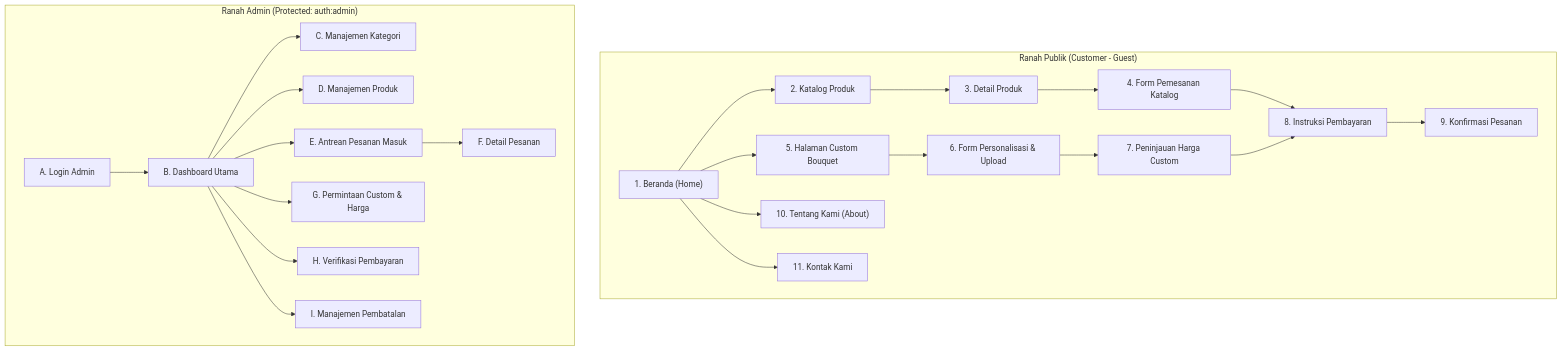
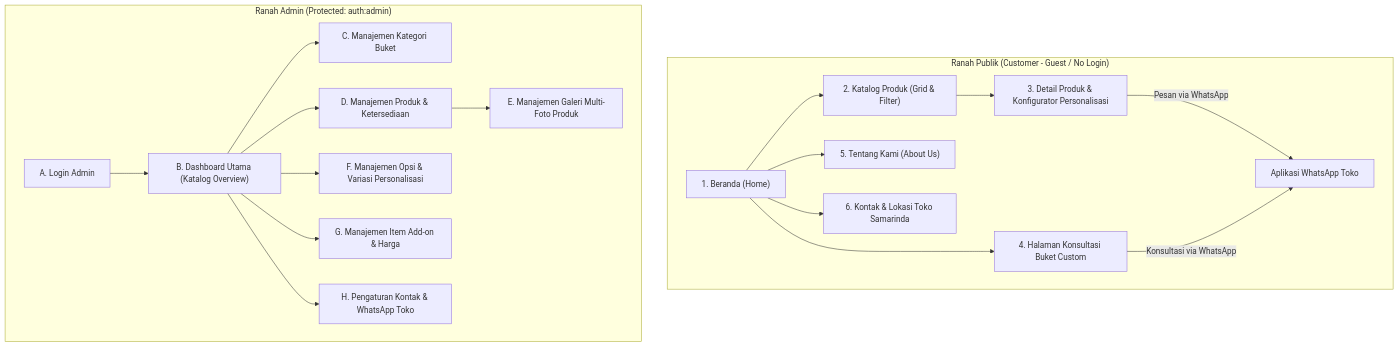
One commit to Elfend11/buketbunga changed the first of 5 diagrams in user-flow.md. Above: the diagram before and after it, drawn with Mermaid. The commit also changed other lines of this file and 89 other files, not shown here.

````diff
--- a/user-flow.md
+++ b/user-flow.md
@@ -34,49 +37,38 @@
 ```mermaid
 graph TD
-    subgraph Public_Domain ["Ranah Publik (Customer - Guest)"]
+    subgraph Public_Domain ["Ranah Publik (Customer - Guest / No Login)"]
         Home["1. Beranda (Home)"]
-        Catalog["2. Katalog Produk"]
-        Detail["3. Detail Produk"]
-        OrderForm["4. Form Pemesanan Katalog"]
-        CustomPage["5. Halaman Custom Bouquet"]
-        CustomForm["6. Form Personalisasi & Upload"]
-        CustomReview["7. Peninjauan Harga Custom"]
-        PaymentInfo["8. Instruksi Pembayaran"]
-        OrderConfirm["9. Konfirmasi Pesanan"]
-        About["10. Tentang Kami (About)"]
-        Contact["11. Kontak Kami"]
+        Catalog["2. Katalog Produk (Grid & Filter)"]
+        Detail["3. Detail Produk & Konfigurator Personalisasi"]
+        CustomPage["4. Halaman Konsultasi Buket Custom"]
+        About["5. Tentang Kami (About Us)"]
+        Contact["6. Kontak & Lokasi Toko Samarinda"]
 
         Home --> Catalog
         Home --> CustomPage
         Home --> About
         Home --> Contact
         Catalog --> Detail
-        Detail --> OrderForm
-        OrderForm --> PaymentInfo
-        CustomPage --> CustomForm
-        CustomForm --> CustomReview
-        CustomReview --> PaymentInfo
-        PaymentInfo --> OrderConfirm
+        Detail -->|Pesan via WhatsApp| WAEks["Aplikasi WhatsApp Toko"]
+        CustomPage -->|Konsultasi via WhatsApp| WAEks
     end
 
     subgraph Admin_Domain ["Ranah Admin (Protected: auth:admin)"]
         Login["A. Login Admin"]
-        Dashboard["B. Dashboard Utama"]
-        CatMgmt["C. Manajemen Kategori"]
-        ProdMgmt["D. Manajemen Produk"]
-        OrderMgmt["E. Antrean Pesanan Masuk"]
-        OrderDetail["F. Detail Pesanan"]
-        CustomMgmt["G. Permintaan Custom & Harga"]
-        PayMgmt["H. Verifikasi Pembayaran"]
-        CancelMgmt["I. Manajemen Pembatalan"]
+        Dashboard["B. Dashboard Utama (Katalog Overview)"]
+        CatMgmt["C. Manajemen Kategori Buket"]
+        ProdMgmt["D. Manajemen Produk & Ketersediaan"]
+        GalleryMgmt["E. Manajemen Galeri Multi-Foto Produk"]
+        PersoMgmt["F. Manajemen Opsi & Variasi Personalisasi"]
+        AddonMgmt["G. Manajemen Item Add-on & Harga"]
+        SettingsMgmt["H. Pengaturan Kontak & WhatsApp Toko"]
 
         Login --> Dashboard
         Dashboard --> CatMgmt
         Dashboard --> ProdMgmt
-        Dashboard --> OrderMgmt
-        OrderMgmt --> OrderDetail
-        Dashboard --> CustomMgmt
-        Dashboard --> PayMgmt
-        Dashboard --> CancelMgmt
+        ProdMgmt --> GalleryMgmt
+        Dashboard --> PersoMgmt
+        Dashboard --> AddonMgmt
+        Dashboard --> SettingsMgmt
     end
 ```
````
